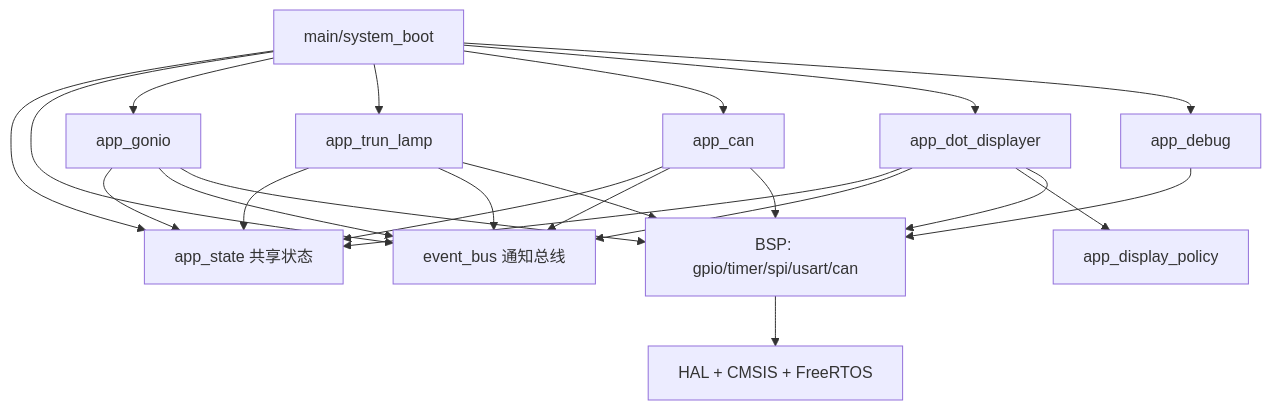
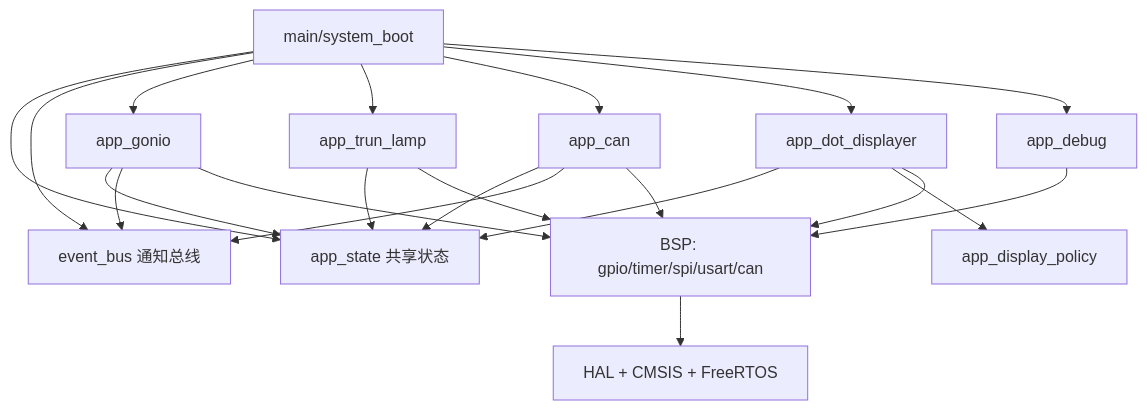
One commit to sisanwu12/Atmosphere-lamp changed the second of 3 diagrams in doc/项目框架设计.md. Above: the diagram before and after it, drawn with Mermaid. The commit also changed other lines of this file and 6 other files, not shown here.

````diff
--- a/doc/项目框架设计.md
+++ b/doc/项目框架设计.md
@@ -86,37 +79,35 @@
 ```mermaid
 flowchart TD
     A[main/system_boot]
     B[app_state 共享状态]
     C[event_bus 通知总线]
     D[app_gonio]
     E[app_trun_lamp]
     F[app_can]
     G[app_display_policy]
     H[app_dot_displayer]
     I[app_debug]
     J[BSP: gpio/timer/spi/usart/can]
     K[HAL + CMSIS + FreeRTOS]
 
     A --> B
     A --> C
     A --> D
     A --> E
     A --> F
     A --> H
     A --> I
     D --> B
     D --> C
     F --> B
     F --> C
     E --> B
-    E --> C
     H --> B
-    H --> C
     H --> G
     D --> J
     E --> J
     F --> J
     H --> J
     I --> J
     J --> K
 ```
````
